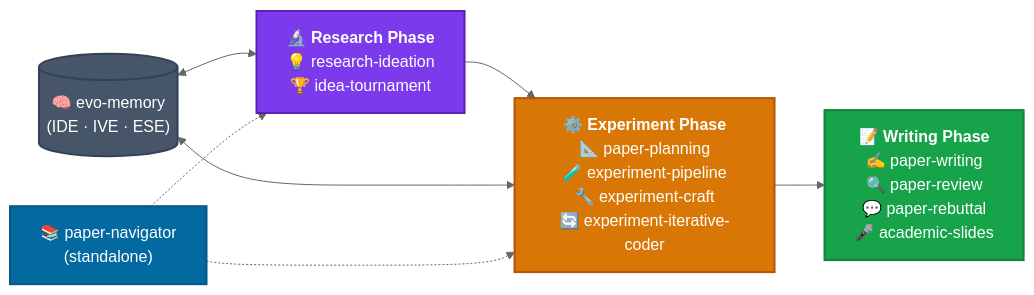
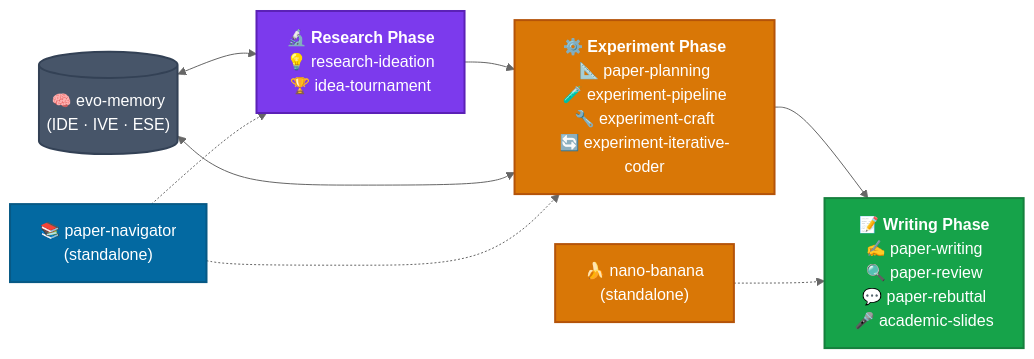
Before and after one commit to EvoScientist/EvoSkills: the diagram in README.md, drawn with Mermaid (neutral theme). The commit also changed other lines of this file and 10 other files, not shown here.

````diff
--- a/README.md
+++ b/README.md
@@ -78,17 +79,19 @@
 ```mermaid
 flowchart LR
     A["<b>🔬 Research Phase</b><br/>💡 research-ideation<br/>🏆 idea-tournament"]
     --> B["<b>⚙️ Experiment Phase</b><br/>📐 paper-planning<br/>🧪 experiment-pipeline<br/>🔧 experiment-craft<br/>🔄 experiment-iterative-coder"]
     --> C["<b>📝 Writing Phase</b><br/>✍️ paper-writing<br/>🔍 paper-review<br/>💬 paper-rebuttal<br/>🎤 academic-slides"]
 
     D[("🧠 evo-memory<br/>(IDE · IVE · ESE)")] <--> A
     D <--> B
     E["📚 paper-navigator<br/>(standalone)"] -.-> A
     E -.-> B
+    F["🍌 nano-banana<br/>(standalone)"] -.-> C
 
     style A fill:#7C3AED,stroke:#5B21B6,stroke-width:2px,color:#fff
     style B fill:#D97706,stroke:#B45309,stroke-width:2px,color:#fff
     style C fill:#16A34A,stroke:#15803D,stroke-width:2px,color:#fff
     style D fill:#475569,stroke:#334155,stroke-width:2px,color:#fff
     style E fill:#0369A1,stroke:#075985,stroke-width:2px,color:#fff
+    style F fill:#D97706,stroke:#B45309,stroke-width:2px,color:#fff
 ```
````
